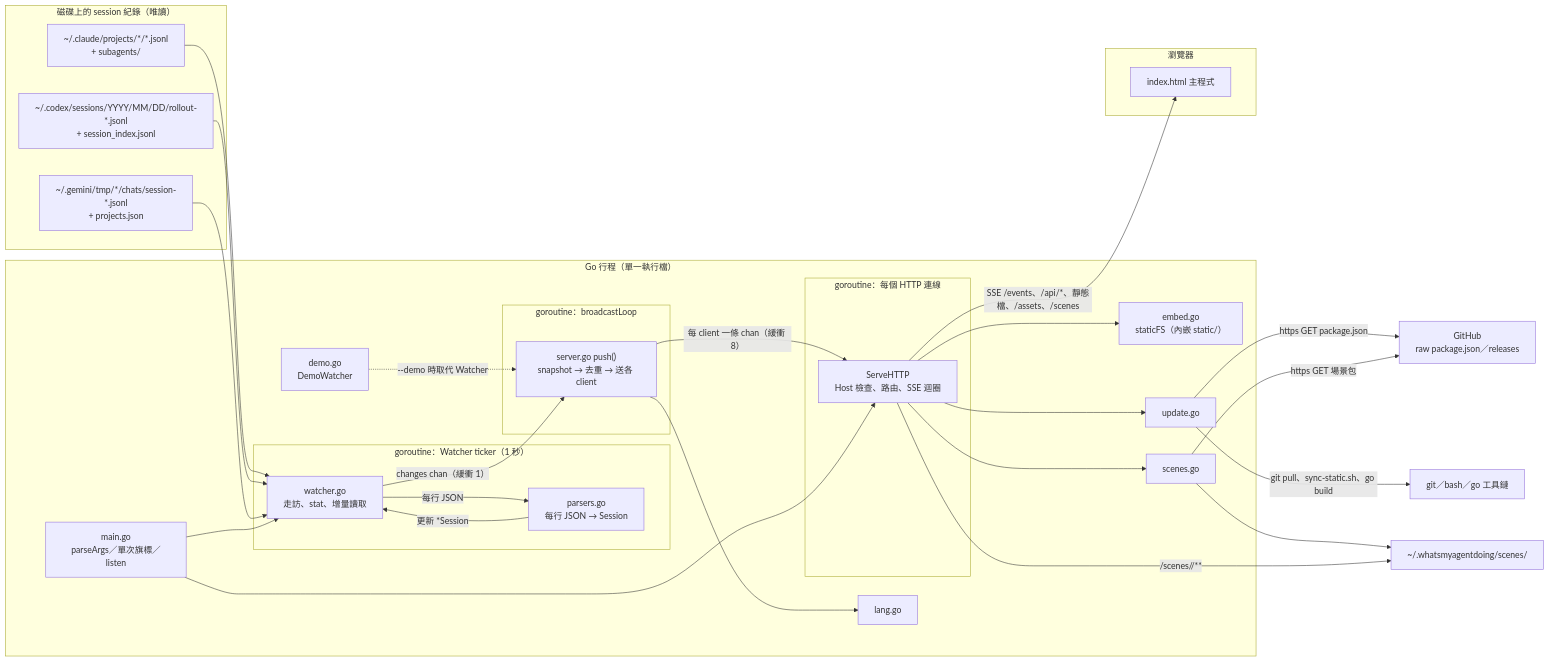
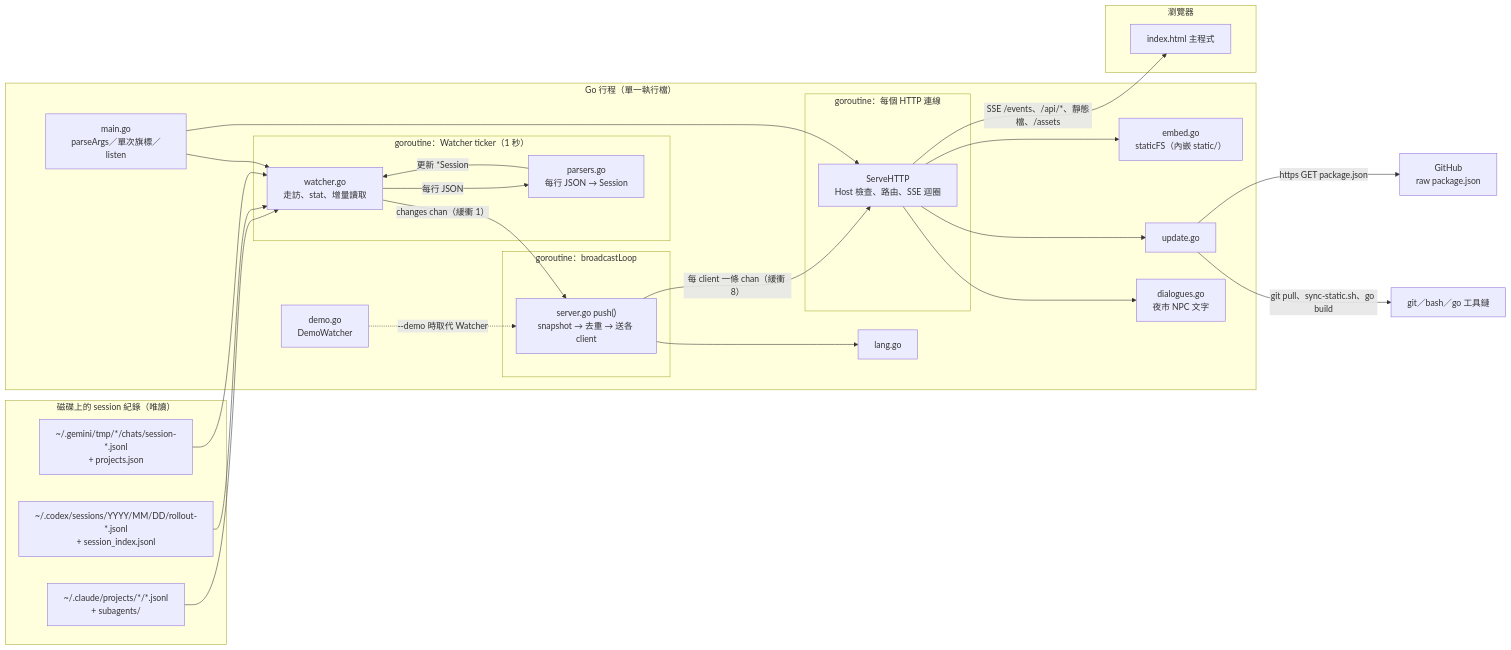
One commit to lazyjerry/whatsmyagentdoing changed the first of 4 diagrams in go-app/jerry-report/structure.md. Above: the diagram before and after it, drawn with Mermaid. The commit also changed other lines of this file and 12 other files, not shown here.

````diff
--- a/go-app/jerry-report/structure.md
+++ b/go-app/jerry-report/structure.md
@@ -42,56 +41,52 @@
 ```mermaid
 flowchart LR
   subgraph logs["磁碟上的 session 紀錄（唯讀）"]
     L1["~/.claude/projects/*/*.jsonl<br/>+ subagents/"]
     L2["~/.codex/sessions/YYYY/MM/DD/rollout-*.jsonl<br/>+ session_index.jsonl"]
     L3["~/.gemini/tmp/*/chats/session-*.jsonl<br/>+ projects.json"]
   end
 
   subgraph proc["Go 行程（單一執行檔）"]
     M["main.go<br/>parseArgs／單次旗標／listen"]
     subgraph g1["goroutine：Watcher ticker（1 秒）"]
       W["watcher.go<br/>走訪、stat、增量讀取"]
       P["parsers.go<br/>每行 JSON → Session"]
     end
     subgraph g2["goroutine：broadcastLoop"]
       S["server.go push()<br/>snapshot → 去重 → 送各 client"]
     end
     subgraph g3["goroutine：每個 HTTP 連線"]
       H["ServeHTTP<br/>Host 檢查、路由、SSE 迴圈"]
     end
     E["embed.go<br/>staticFS（內嵌 static/）"]
     LG["lang.go"]
     UP["update.go"]
-    SC["scenes.go"]
+    DG["dialogues.go<br/>夜市 NPC 文字"]
     D["demo.go<br/>DemoWatcher"]
   end
 
   subgraph browser["瀏覽器"]
     IDX["index.html 主程式"]
   end
 
-  GH["GitHub<br/>raw package.json／releases"]
+  GH["GitHub<br/>raw package.json"]
   TOOLS["git／bash／go 工具鏈"]
-  UD["~/.whatsmyagentdoing/scenes/"]
 
   L1 --> W
   L2 --> W
   L3 --> W
   W -->|"每行 JSON"| P
   P -->|"更新 *Session"| W
   W -->|"changes chan（緩衝 1）"| S
   D -.->|"--demo 時取代 Watcher"| S
   S -->|"每 client 一條 chan（緩衝 8）"| H
   S --> LG
   M --> W
   M --> H
   H --> E
   H --> UP
-  H --> SC
-  H -->|"SSE /events、/api/*、靜態檔、/assets、/scenes"| IDX
+  H --> DG
+  H -->|"SSE /events、/api/*、靜態檔、/assets"| IDX
   UP -->|"https GET package.json"| GH
   UP -->|"git pull、sync-static.sh、go build"| TOOLS
-  SC -->|"https GET 場景包"| GH
-  SC --> UD
-  H -->|"/scenes/<id>/**"| UD
 ```
````
